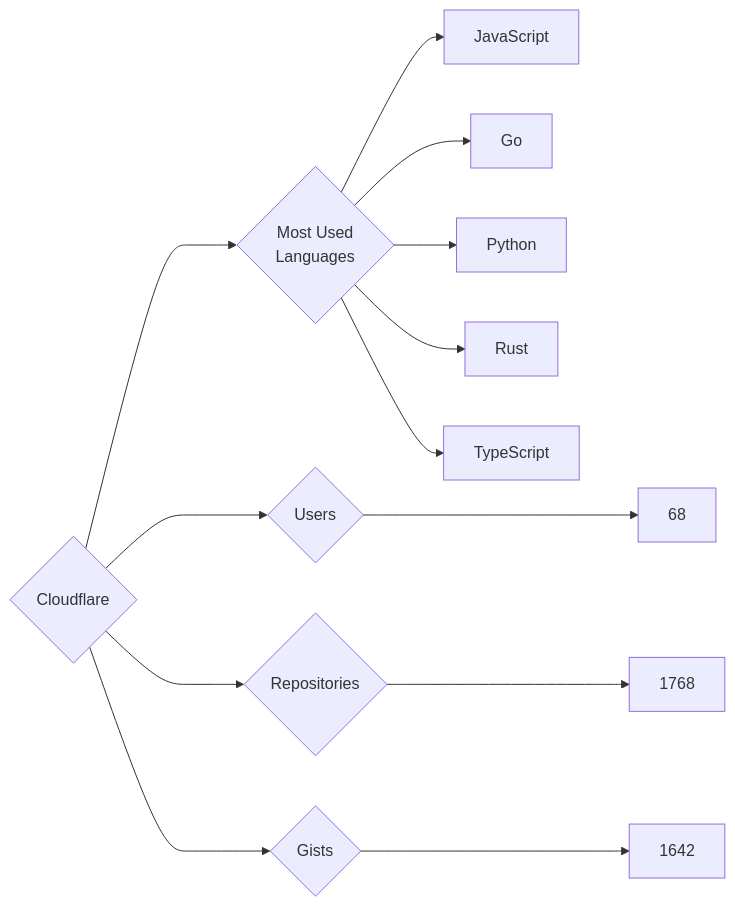
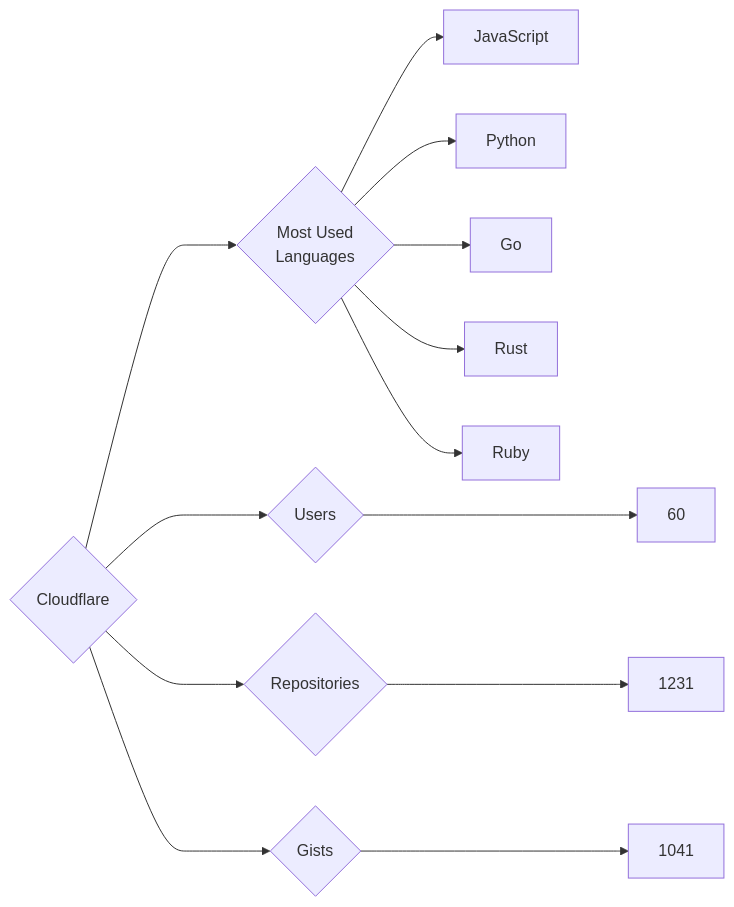
Before and after one commit to trickest/insiders: the diagram in targets/Cloudflare/README.md, drawn with Mermaid. The commit also changed 723 other files, not shown here.

````diff
--- a/targets/Cloudflare/README.md
+++ b/targets/Cloudflare/README.md
@@ -3,13 +3,13 @@
 ```mermaid
 graph LR
 COMPANY_NAME{Cloudflare}
-COMPANY_NAME ---> U{Users} ---> UN[68]
-COMPANY_NAME ---> R{Repositories} ---> RN[1768]
-COMPANY_NAME ---> G{Gists} ---> GN[1642]
+COMPANY_NAME ---> U{Users} ---> UN[60]
+COMPANY_NAME ---> R{Repositories} ---> RN[1231]
+COMPANY_NAME ---> G{Gists} ---> GN[1041]
 COMPANY_NAME ---> ML{Most Used<br>Languages}
 ML --> JavaScript[JavaScript]
+ML --> Python[Python]
 ML --> Go[Go]
-ML --> Python[Python]
 ML --> Rust[Rust]
-ML --> TypeScript[TypeScript]
+ML --> Ruby[Ruby]
 ```
````
